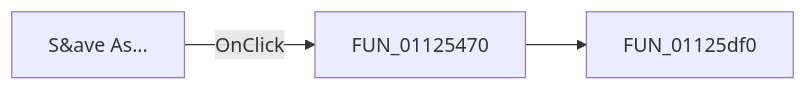
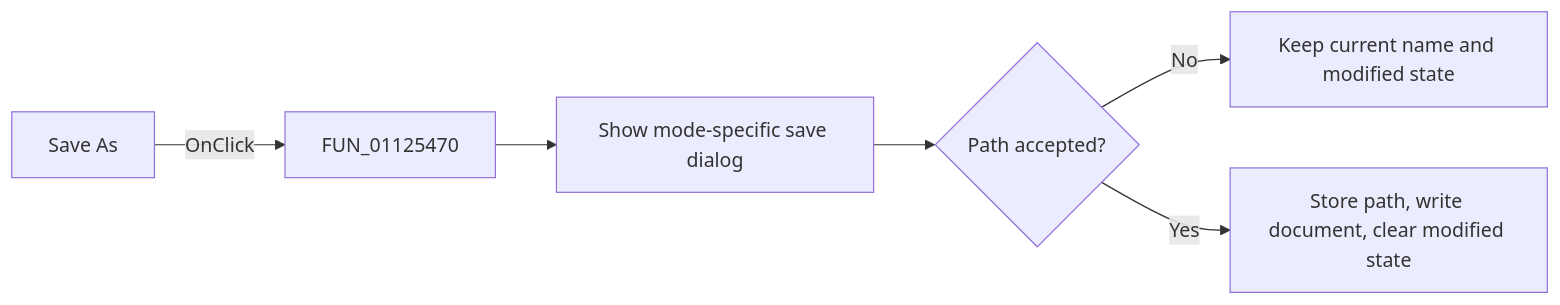
The diagram in docs/ui-controls/signaleditordlg/pmisaveas-8a09d25982.md (MovGP0/TIARA), drawn with Mermaid before and after one commit. The commit also changed other lines of this file and 1062 other files, not shown here.

````diff
--- a/docs/ui-controls/signaleditordlg/pmisaveas-8a09d25982.md
+++ b/docs/ui-controls/signaleditordlg/pmisaveas-8a09d25982.md
@@ -27,5 +31,8 @@
 ```mermaid
 flowchart LR
-    control["S&ave As..."] -->|OnClick| handler["FUN_01125470"]
-    handler --> call1["FUN_01125df0"]
+    control["Save As"] -->|"OnClick"| handler["FUN_01125470"]
+    handler --> dialog["Show mode-specific save dialog"]
+    dialog --> accepted{"Path accepted?"}
+    accepted -->|"No"| unchanged["Keep current name and modified state"]
+    accepted -->|"Yes"| write["Store path, write document, clear modified state"]
 ```
````
